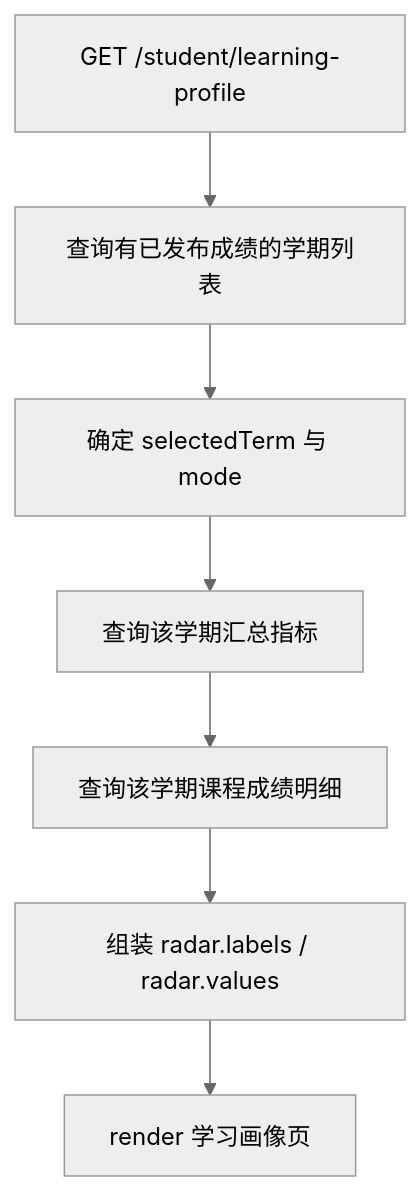
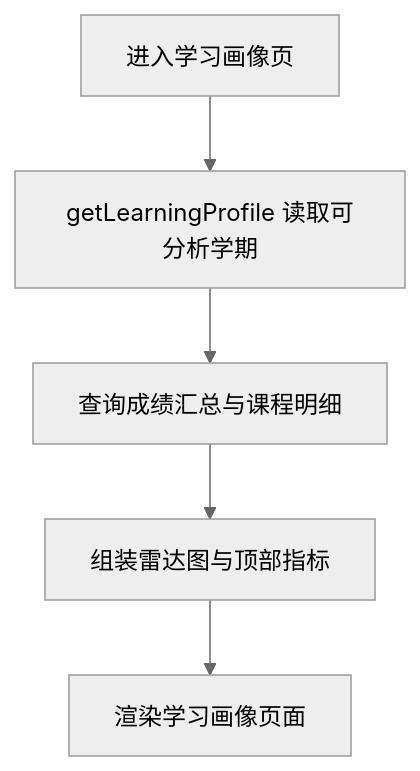
One commit to llkww/jiaoxue changed diagram 11 of 29 in docs/系统设计说明.md. Above: the diagram before and after it, drawn with Mermaid (neutral theme). The commit also changed other lines of this file and 1 other file, not shown here.

````diff
--- a/docs/系统设计说明.md
+++ b/docs/系统设计说明.md
@@ -695,9 +675,7 @@
 ```mermaid
 flowchart TD
-  A[GET /student/learning-profile] --> B[查询有已发布成绩的学期列表]
-  B --> C[确定 selectedTerm 与 mode]
-  C --> D[查询该学期汇总指标]
-  D --> E[查询该学期课程成绩明细]
-  E --> F[组装 radar.labels / radar.values]
-  F --> G[render 学习画像页]
+  A[进入学习画像页] --> B[getLearningProfile 读取可分析学期]
+  B --> C[查询成绩汇总与课程明细]
+  C --> D[组装雷达图与顶部指标]
+  D --> E[渲染学习画像页面]
 ```
````
